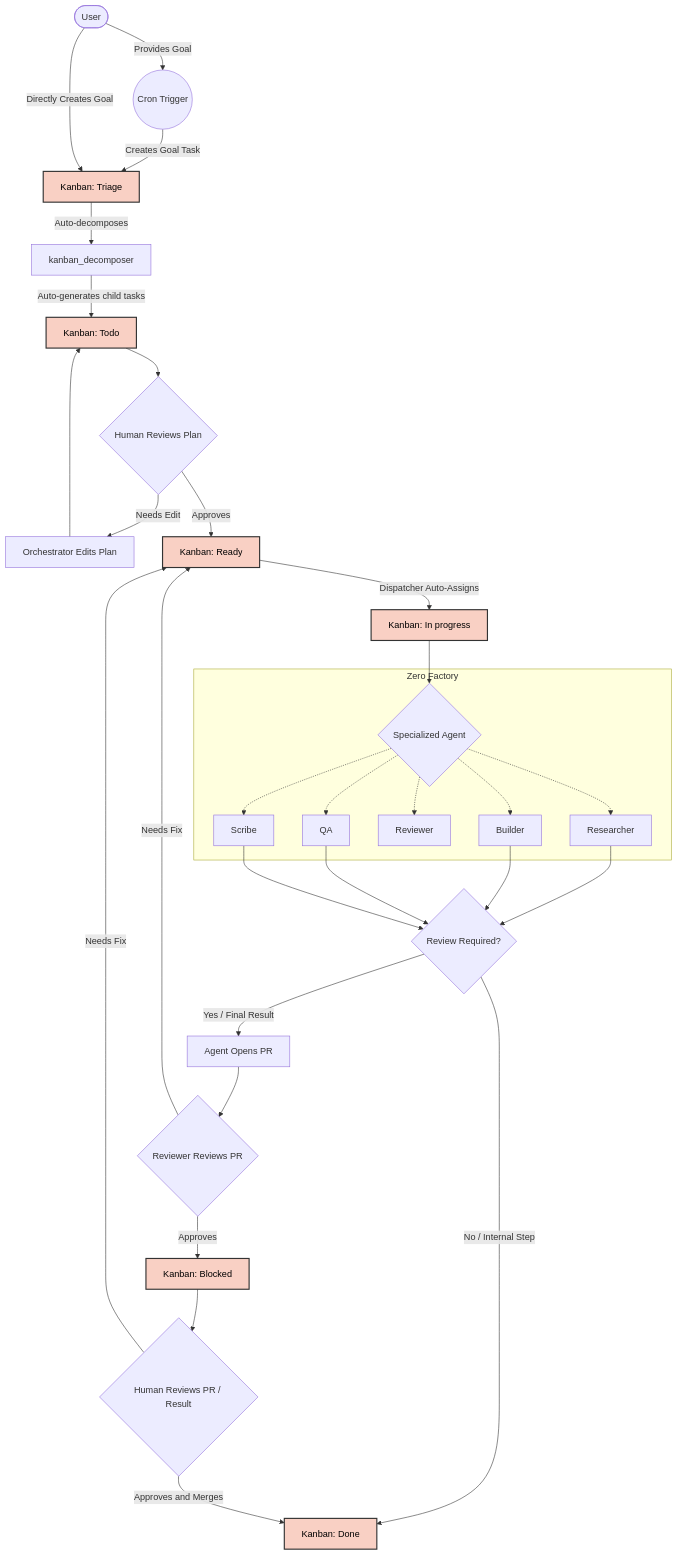
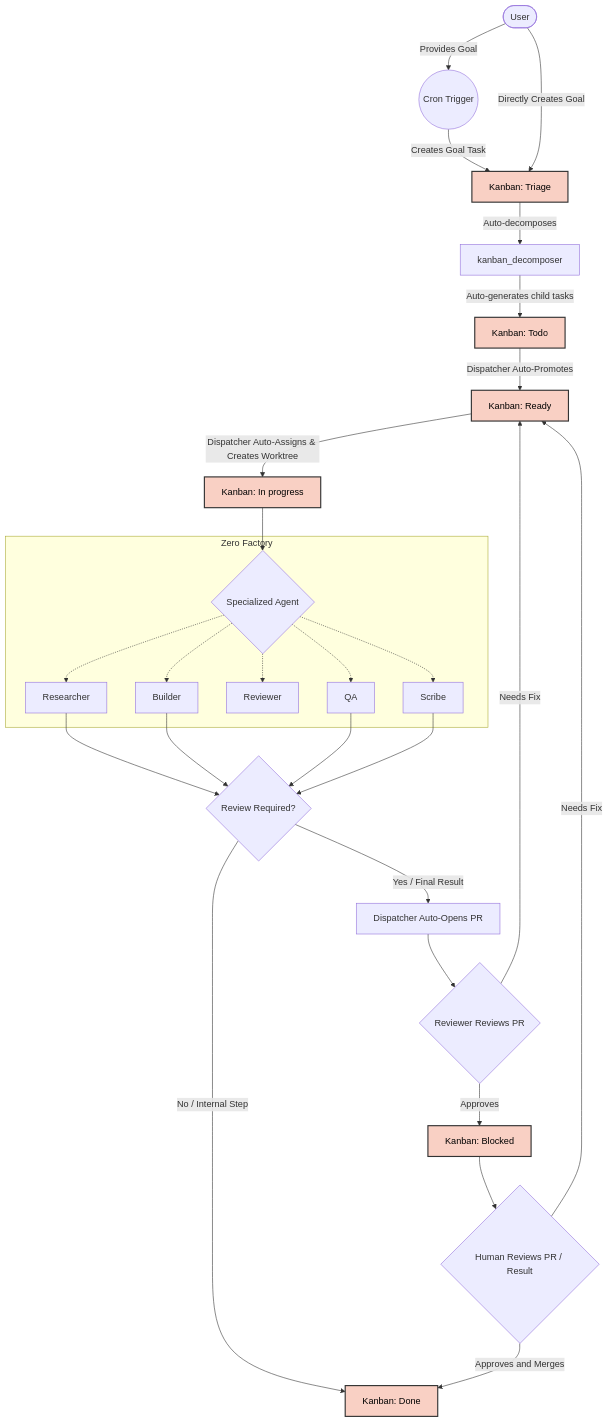
The diagram in README.md (hotcode-dev/zerofactory), drawn with Mermaid before and after one commit. The commit also changed other lines of this file, not shown here.

Commit message:
docs: update workflow documentation to reflect automated kanban task progression and worktree creation

````diff
--- a/README.md
+++ b/README.md
@@ -37,47 +37,44 @@
 ```mermaid
 graph TD
     classDef kanban fill:#f9d0c4,stroke:#333,stroke-width:2px,color:#000;
     
     User([User]) -->|Provides Goal| Cron((Cron Trigger))
     Cron -->|Creates Goal Task| Triage[Kanban: Triage]:::kanban
     
     User -->|Directly Creates Goal| Triage
     
     Triage -->|Auto-decomposes| Decomposer[kanban_decomposer]
     Decomposer -->|Auto-generates child tasks| Todo[Kanban: Todo]:::kanban
     
-    Todo --> HumanPlanReview{Human Reviews Plan}
-    HumanPlanReview -->|Needs Edit| OrchestratorEdit[Orchestrator Edits Plan]
-    OrchestratorEdit --> Todo
-    HumanPlanReview -->|Approves| Ready[Kanban: Ready]:::kanban
+    Todo -->|Dispatcher Auto-Promotes| Ready[Kanban: Ready]:::kanban
     
-    Ready -->|Dispatcher Auto-Assigns| InProgress[Kanban: In progress]:::kanban
+    Ready -->|Dispatcher Auto-Assigns & Creates Worktree| InProgress[Kanban: In progress]:::kanban
     
     InProgress --> AgentWork{Specialized Agent}
     
     subgraph Zero Factory
         AgentWork -.-> Researcher
         AgentWork -.-> Builder
         AgentWork -.-> Reviewer
         AgentWork -.-> QA
         AgentWork -.-> Scribe
     end
     
     Researcher --> TaskComplete
     Builder --> TaskComplete
     QA --> TaskComplete
     Scribe --> TaskComplete
     
     TaskComplete{Review Required?}
     TaskComplete -->|No / Internal Step| Done[Kanban: Done]:::kanban
     
-    TaskComplete -->|Yes / Final Result| PROpened[Agent Opens PR]
+    TaskComplete -->|Yes / Final Result| PR[Dispatcher Auto-Opens PR]
     
-    PROpened --> ReviewerReview{Reviewer Reviews PR}
+    PR --> ReviewerReview{Reviewer Reviews PR}
     ReviewerReview -->|Needs Fix| Ready
     ReviewerReview -->|Approves| Blocked[Kanban: Blocked]:::kanban
     
     Blocked --> HumanResultReview{Human Reviews PR / Result}
     HumanResultReview -->|Needs Fix| Ready
     HumanResultReview -->|Approves and Merges| Done
 ```
````
